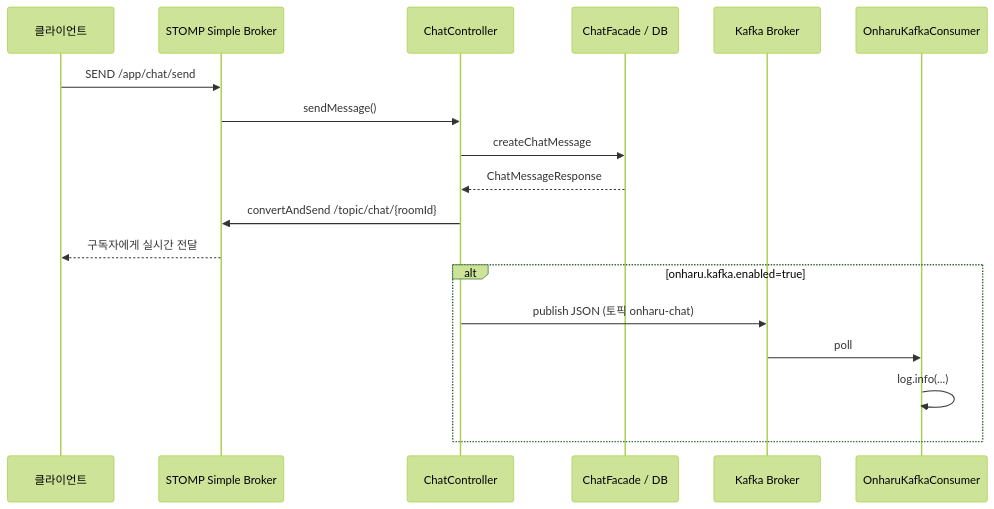
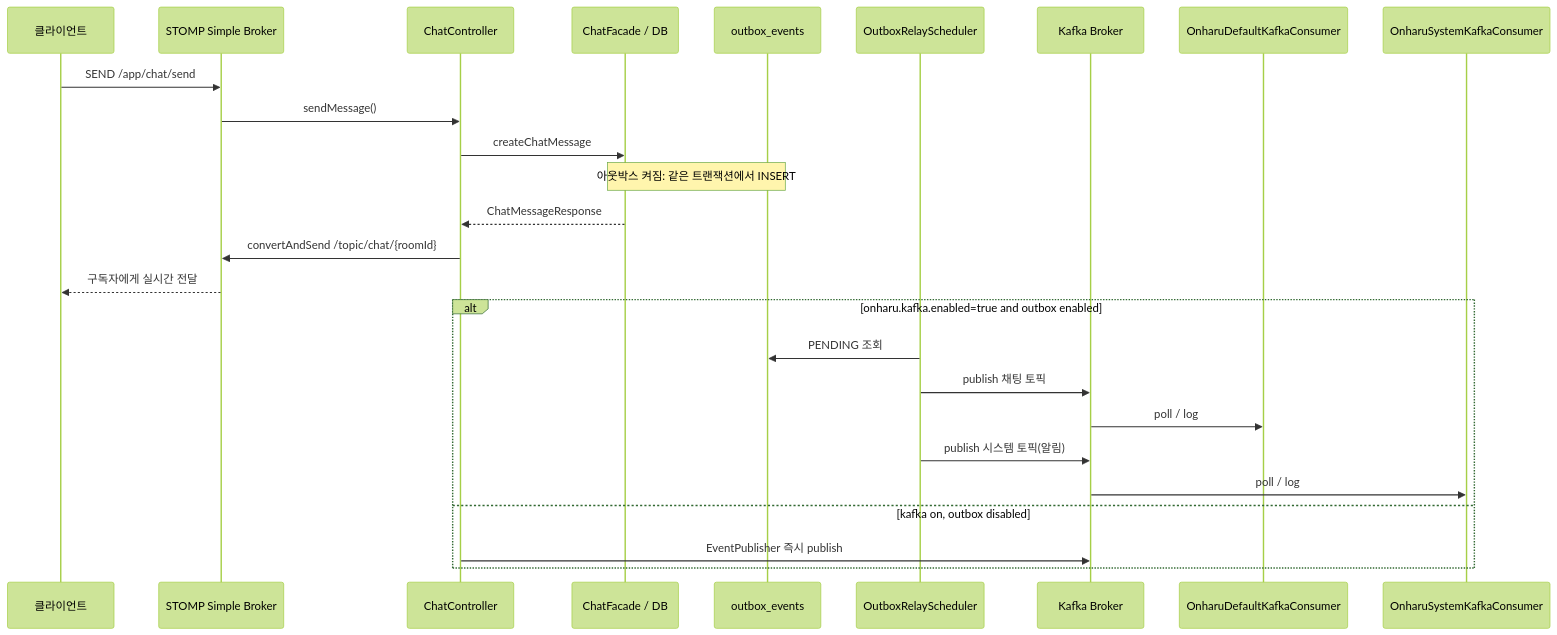
The diagram in docs/chat-kafka-flow.md (net79736/onharu-backend-v2), drawn with Mermaid (forest theme) before and after one commit. The commit also changed other lines of this file and 7 other files, not shown here.

First line of the commit message:
docs: 채팅 아웃박스 및 Kafka 연동 문서 업데이트

````diff
--- a/docs/chat-kafka-flow.md
+++ b/docs/chat-kafka-flow.md
@@ -121,21 +147,29 @@
 ```mermaid
 sequenceDiagram
     participant C as 클라이언트
     participant STOMP as STOMP Simple Broker
     participant CC as ChatController
-    participant DB as ChatFacade / DB
+    participant CF as ChatFacade / DB
+    participant O as outbox_events
+    participant SCH as OutboxRelayScheduler
     participant K as Kafka Broker
-    participant KC as OnharuKafkaConsumer
+    participant KC as OnharuDefaultKafkaConsumer
+    participant KS as OnharuSystemKafkaConsumer
 
     C->>STOMP: SEND /app/chat/send
     STOMP->>CC: sendMessage()
-    CC->>DB: createChatMessage
-    DB-->>CC: ChatMessageResponse
+    CC->>CF: createChatMessage
+    Note over CF,O: 아웃박스 켜짐: 같은 트랜잭션에서 INSERT
+    CF-->>CC: ChatMessageResponse
     CC->>STOMP: convertAndSend /topic/chat/{roomId}
     STOMP-->>C: 구독자에게 실시간 전달
-    alt onharu.kafka.enabled=true
-        CC->>K: publish JSON (토픽 onharu-chat)
-        K->>KC: poll
-        KC->>KC: log.info(...)
+    alt onharu.kafka.enabled=true and outbox enabled
+        SCH->>O: PENDING 조회
+        SCH->>K: publish 채팅 토픽
+        K->>KC: poll / log
+        SCH->>K: publish 시스템 토픽(알림)
+        K->>KS: poll / log
+    else kafka on, outbox disabled
+        CC->>K: EventPublisher 즉시 publish
     end
 ```
````
